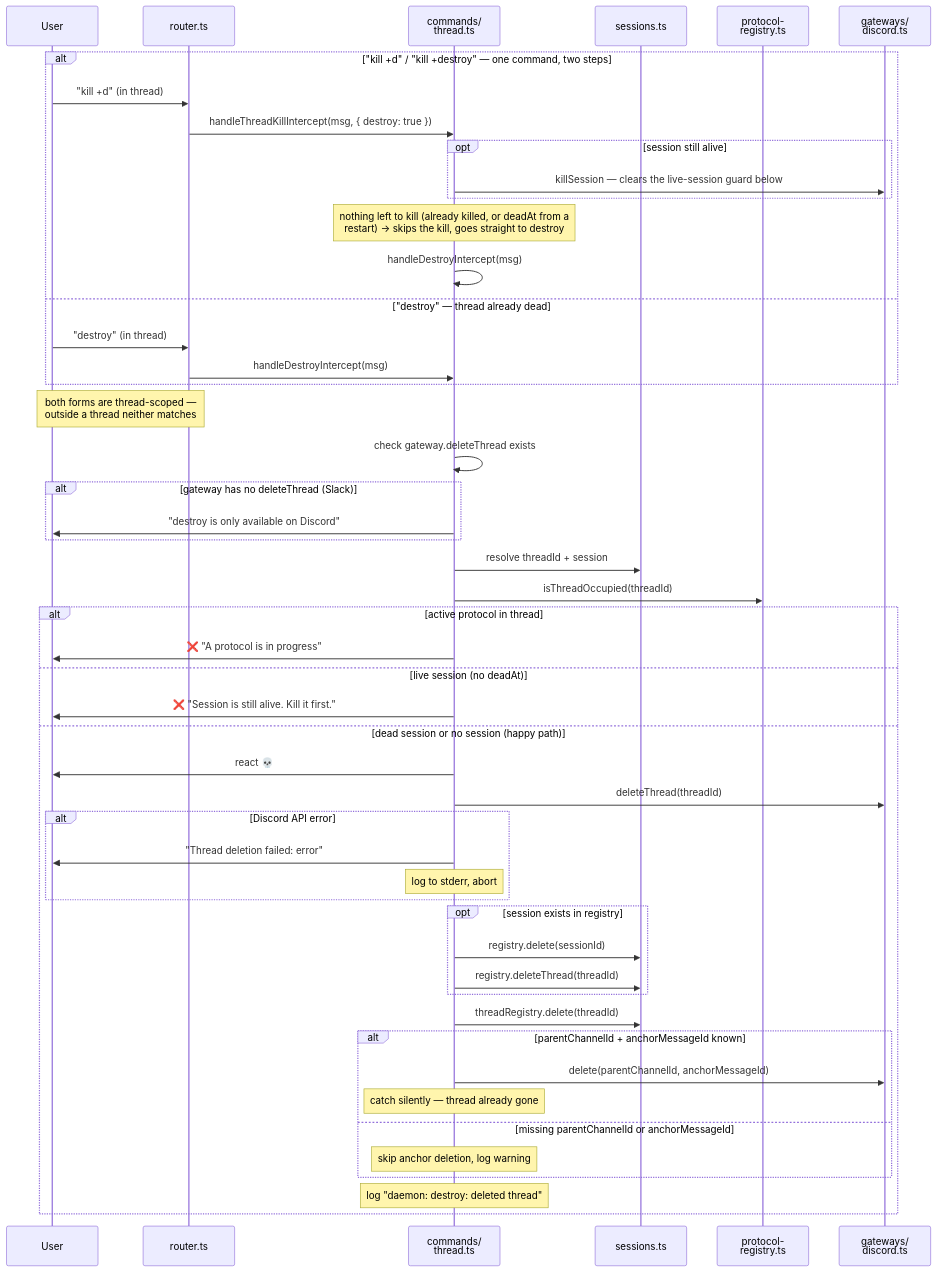
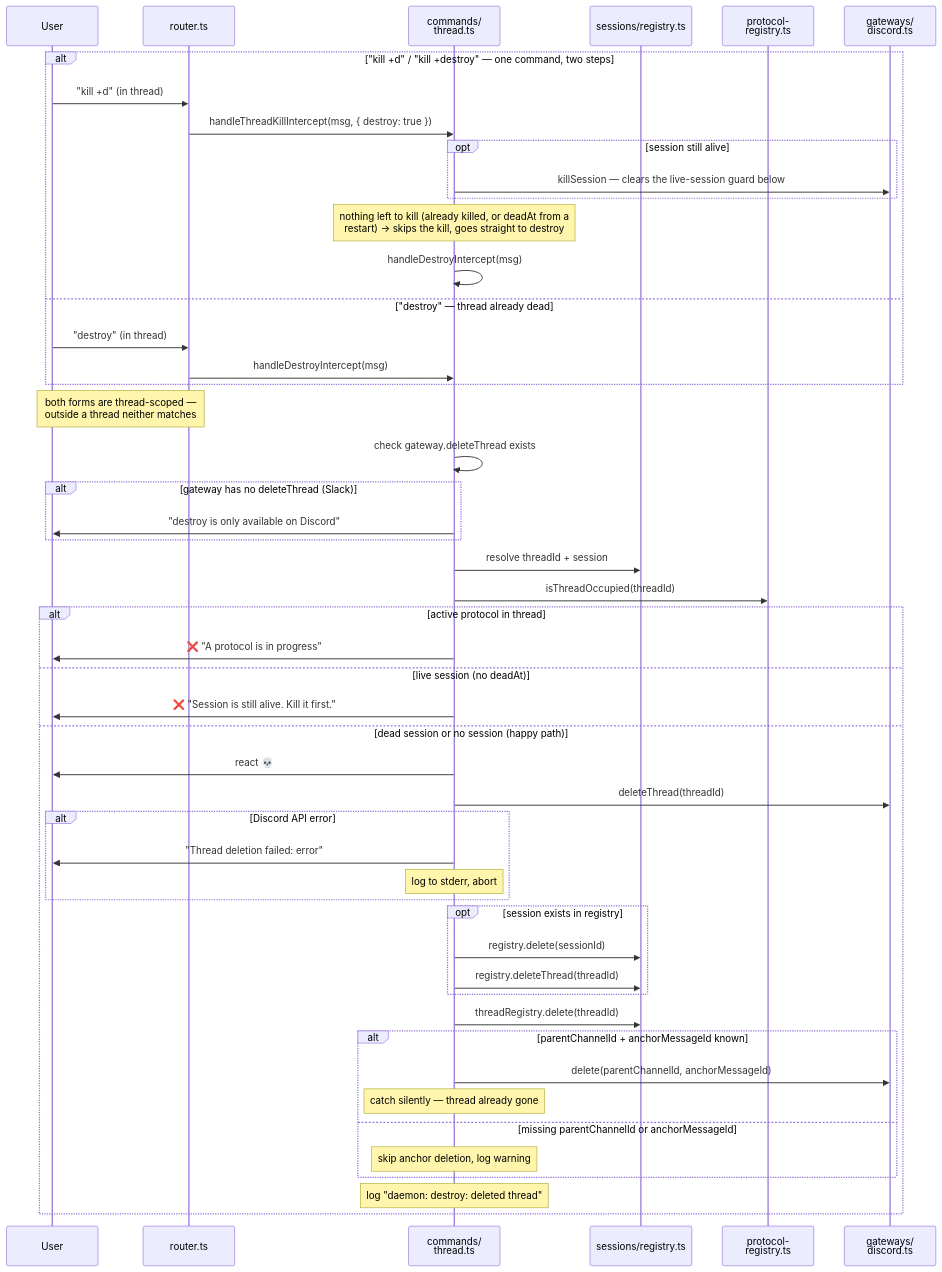
One commit to sf8193/hydra changed the diagram in diagrams/flow-destroy.mmd. Above: the diagram before and after it, drawn with Mermaid. The commit also changed 6 other files, not shown here.

Commit message:
Diagram labels name sessions/registry.ts

```diff
--- a/diagrams/flow-destroy.mmd
+++ b/diagrams/flow-destroy.mmd
@@ -1,65 +1,65 @@
 %% Destroy — permanently delete a thread and its anchor message
 %% Discord-only. Requires no live session and no active protocol.
 %% Two entry points: `destroy` on an already-dead thread, and `kill +d` /
 %% `kill +destroy`, which performs the kill the live-session guard demands and
 %% then runs this same body. The guards are re-applied either way.
 
 sequenceDiagram
     participant user as User
     participant router as router.ts
     participant handler as commands/<br/>thread.ts
-    participant registry as sessions.ts
+    participant registry as sessions/registry.ts
     participant protocol as protocol-<br/>registry.ts
     participant gateway as gateways/<br/>discord.ts
 
     alt "kill +d" / "kill +destroy" — one command, two steps
         user->>router: "kill +d" (in thread)
         router->>handler: handleThreadKillIntercept(msg, { destroy: true })
         opt session still alive
             handler->>gateway: killSession — clears the live-session guard below
         end
         Note over handler: nothing left to kill (already killed, or deadAt from a<br/>restart) → skips the kill, goes straight to destroy
         handler->>handler: handleDestroyIntercept(msg)
     else "destroy" — thread already dead
         user->>router: "destroy" (in thread)
         router->>handler: handleDestroyIntercept(msg)
     end
 
     Note over user,router: both forms are thread-scoped —<br/>outside a thread neither matches
 
     handler->>handler: check gateway.deleteThread exists
     alt gateway has no deleteThread (Slack)
         handler->>user: "destroy is only available on Discord"
     end
 
     handler->>registry: resolve threadId + session
     handler->>protocol: isThreadOccupied(threadId)
 
     alt active protocol in thread
         handler->>user: ❌ "A protocol is in progress"
     else live session (no deadAt)
         handler->>user: ❌ "Session is still alive. Kill it first."
     else dead session or no session (happy path)
         handler->>user: react 💀
 
         handler->>gateway: deleteThread(threadId)
         alt Discord API error
             handler->>user: "Thread deletion failed: error"
             Note over handler: log to stderr, abort
         end
 
         opt session exists in registry
             handler->>registry: registry.delete(sessionId)
             handler->>registry: registry.deleteThread(threadId)
         end
         handler->>registry: threadRegistry.delete(threadId)
 
         alt parentChannelId + anchorMessageId known
             handler->>gateway: delete(parentChannelId, anchorMessageId)
             Note over handler: catch silently — thread already gone
         else missing parentChannelId or anchorMessageId
             Note over handler: skip anchor deletion, log warning
         end
 
         Note over handler: log "daemon: destroy: deleted thread"
     end
```
